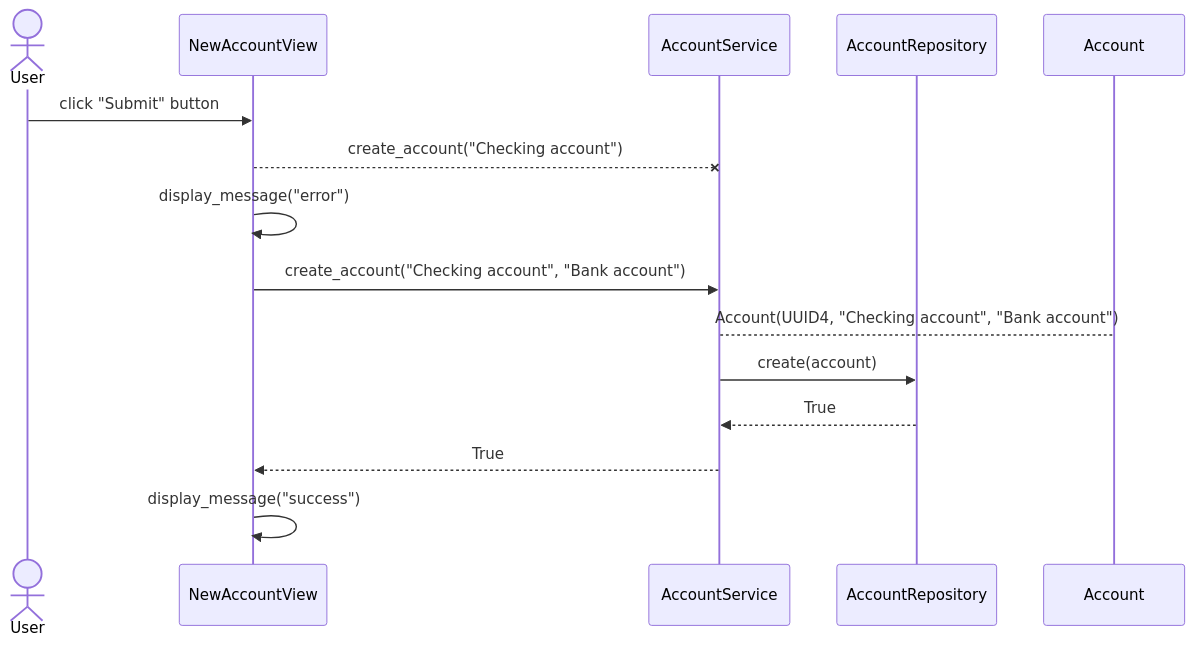
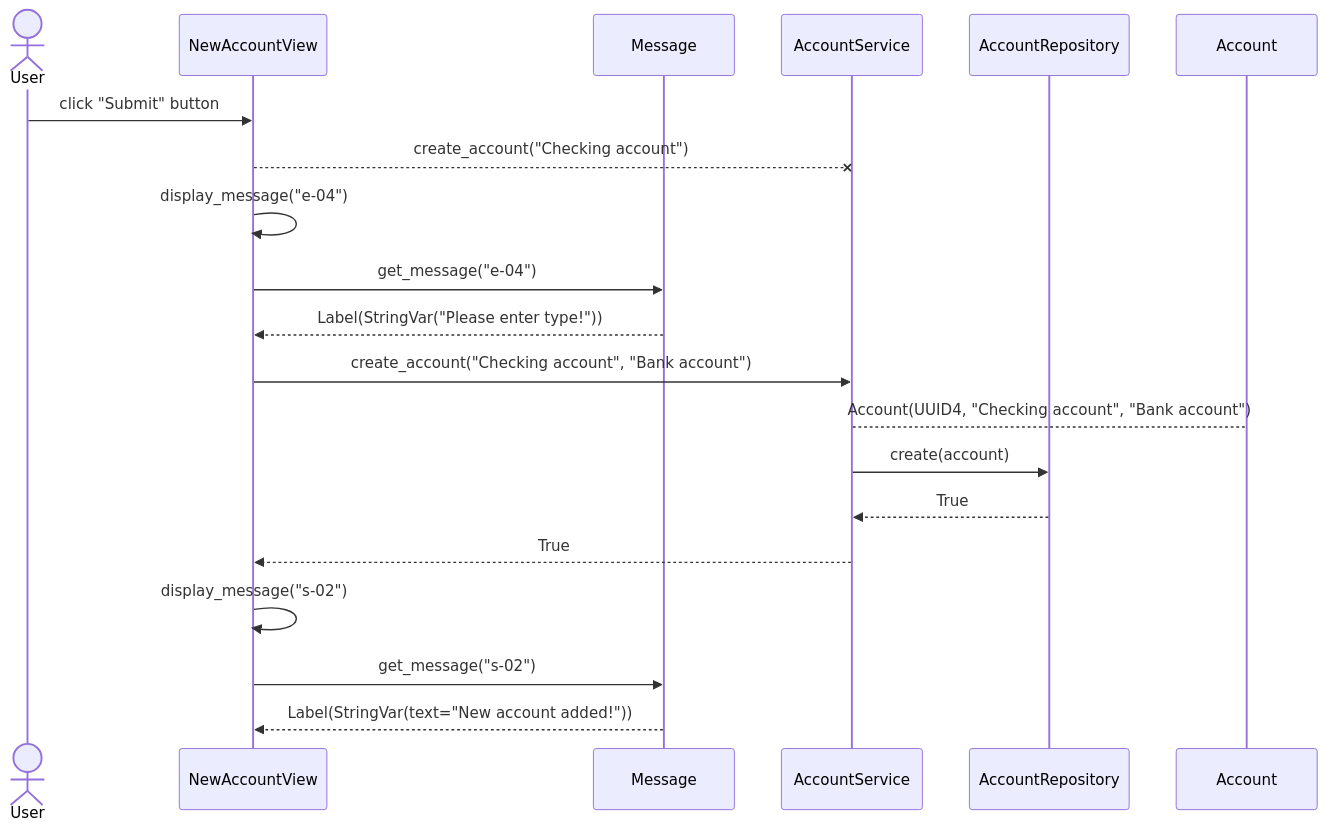
The first of 2 diagrams in documentation/architecture.md (rikurauhala/yesan), drawn with Mermaid before and after one commit.

Commit message:
Update functionality diagram with the new message system

````diff
--- a/documentation/architecture.md
+++ b/documentation/architecture.md
@@ -9,17 +9,22 @@
 ```mermaid
 sequenceDiagram
     actor User
     participant NewAccountView
+    participant Message
     participant AccountService
     participant AccountRepository
     participant Account
     User->>NewAccountView: click "Submit" button
     NewAccountView--XAccountService: create_account("Checking account")
-    NewAccountView->>NewAccountView: display_message("error")
+    NewAccountView->>NewAccountView: display_message("e-04")
+    NewAccountView->>Message: get_message("e-04")
+    Message-->>NewAccountView: Label(StringVar("Please enter type!"))
     NewAccountView->>AccountService: create_account("Checking account", "Bank account")
     AccountService-->Account: Account(UUID4, "Checking account", "Bank account")
     AccountService->>AccountRepository: create(account)
     AccountRepository-->>AccountService: True
     AccountService-->>NewAccountView: True
-    NewAccountView->>NewAccountView: display_message("success")
+   NewAccountView->>NewAccountView: display_message("s-02")
+    NewAccountView->>Message: get_message("s-02")
+    Message-->>NewAccountView: Label(StringVar(text="New account added!"))
 ```
````
